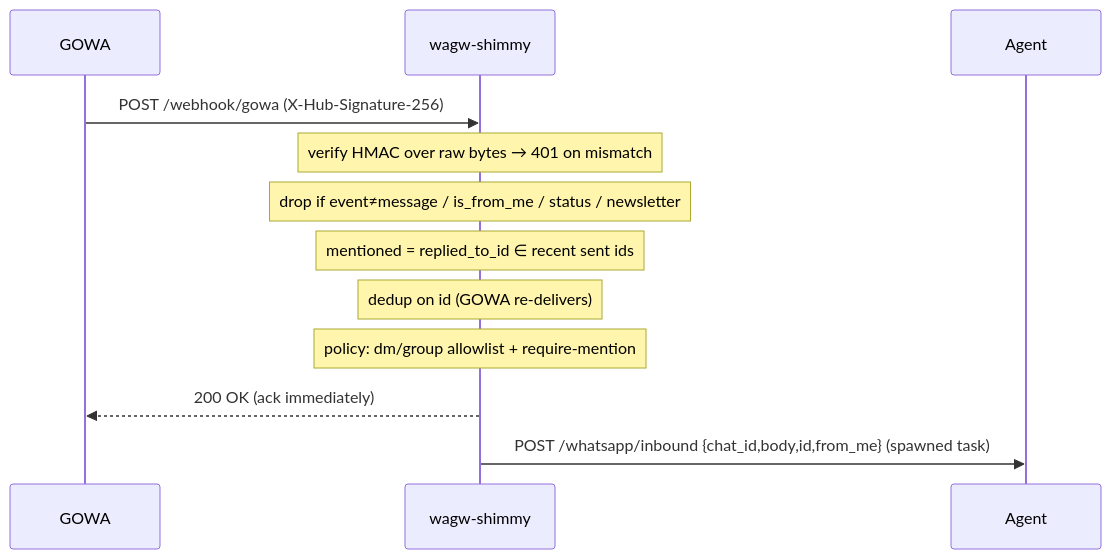
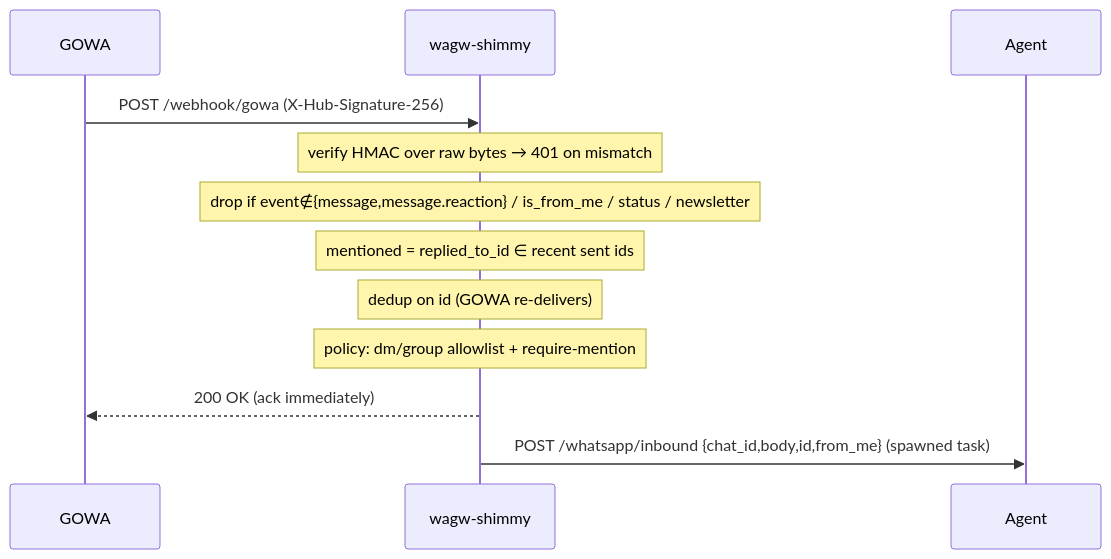
The first of 2 diagrams in README.md (ashrodan/wagw-shimmy), drawn with Mermaid before and after one commit. The commit also changed other lines of this file and 16 other files, not shown here.

````diff
--- a/README.md
+++ b/README.md
@@ -61,14 +62,14 @@
 ```mermaid
 sequenceDiagram
     participant GOWA
     participant Shim as wagw-shimmy
     participant Agent
     GOWA->>Shim: POST /webhook/gowa  (X-Hub-Signature-256)
     Note over Shim: verify HMAC over raw bytes → 401 on mismatch
-    Note over Shim: drop if event≠message / is_from_me / status / newsletter
+    Note over Shim: drop if event∉{message,message.reaction} / is_from_me / status / newsletter
     Note over Shim: mentioned = replied_to_id ∈ recent sent ids
     Note over Shim: dedup on id (GOWA re-delivers)
     Note over Shim: policy: dm/group allowlist + require-mention
     Shim-->>GOWA: 200 OK  (ack immediately)
     Shim->>Agent: POST /whatsapp/inbound {chat_id,body,id,from_me}  (spawned task)
 ```
````
